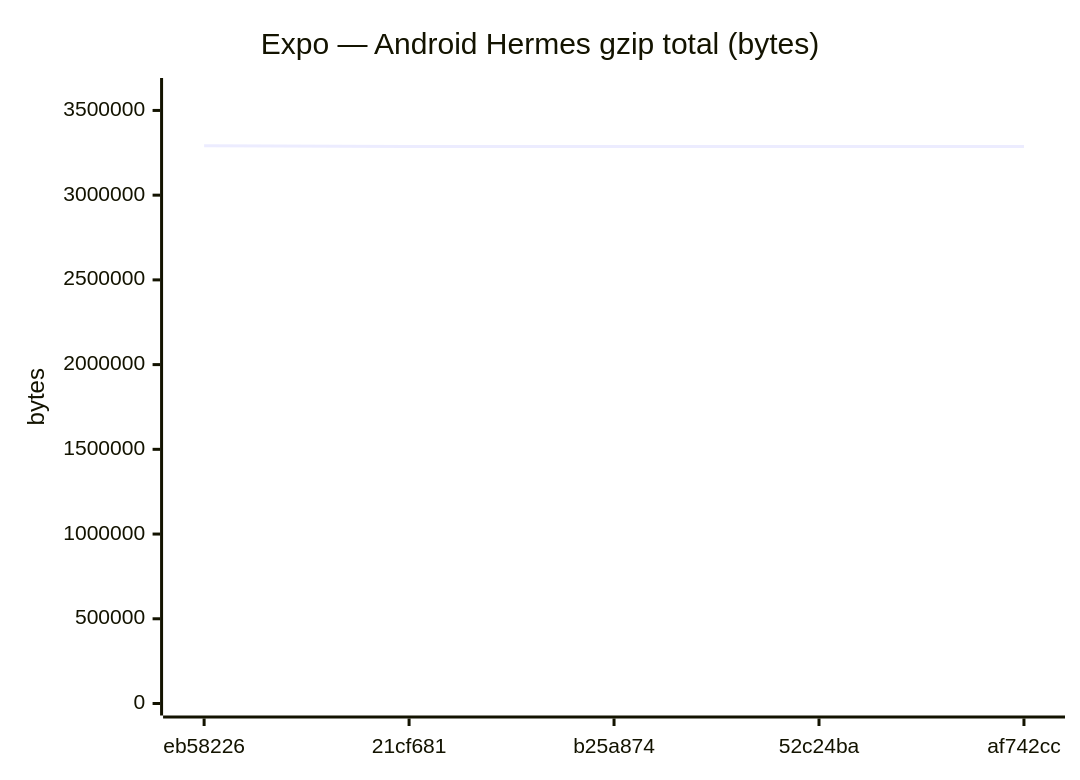
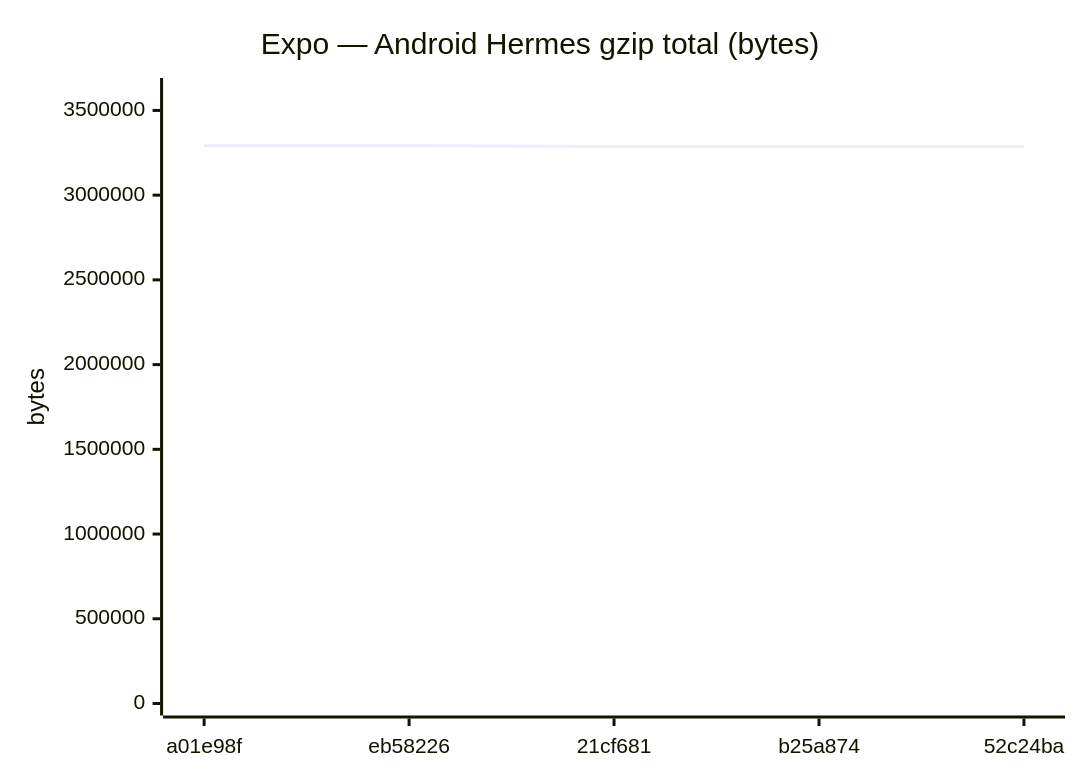
Diagram 11 of 18 in benchmarks/compare.md (Metaheurist/Rianell), drawn with Mermaid before and after one commit. The commit also changed other lines of this file and 11 other files, not shown here.

````diff
--- a/benchmarks/compare.md
+++ b/benchmarks/compare.md
@@ -172,7 +172,7 @@
 ```mermaid
 xychart-beta
     title "Expo — Android Hermes gzip total (bytes)"
-    x-axis ["eb58226", "21cf681", "b25a874", "52c24ba", "af742cc"]
+    x-axis ["a01e98f", "eb58226", "21cf681", "b25a874", "52c24ba"]
     y-axis "bytes" 0 --> 3620611
-    line [3291464, 3287427, 3287424, 3287423, 3287424]
+    line [3291455, 3291464, 3287427, 3287424, 3287423]
 ```
````
